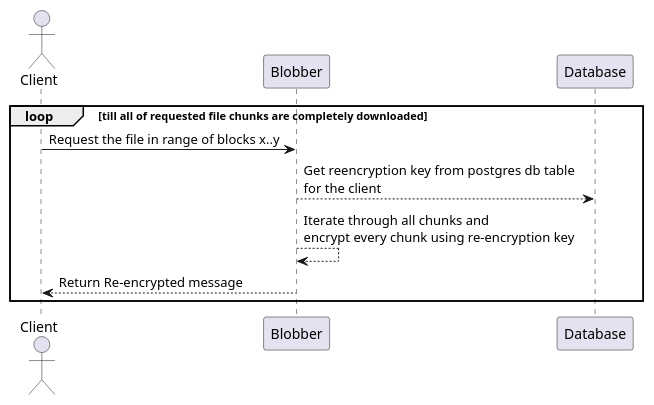
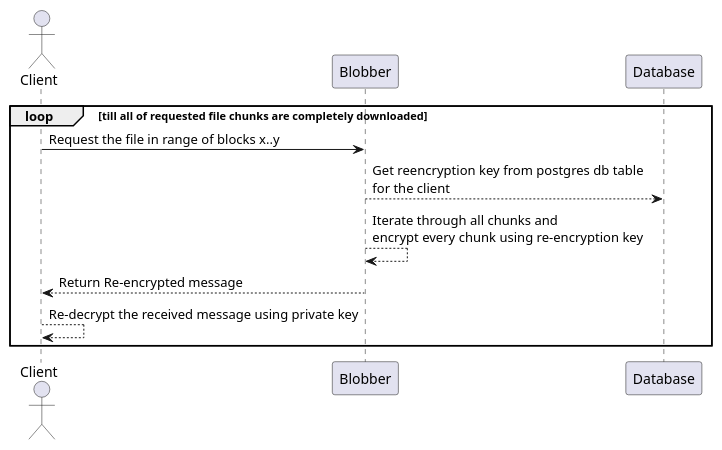
One commit to 0chain/blobber changed the diagram in docs/src/proxy_encryption_download_flow.plantuml. Above: the diagram before and after it, drawn with PlantUML.

Commit message:
Update uml

```diff
--- a/docs/src/proxy_encryption_download_flow.plantuml
+++ b/docs/src/proxy_encryption_download_flow.plantuml
@@ -1,15 +1,16 @@
 @startuml
 
 actor Client
 
 
 loop till all of requested file chunks are completely downloaded
 Client -> Blobber : Request the file in range of blocks x..y
 Blobber --> Database : Get reencryption key from postgres db table \n\
 for the client
 Blobber --> Blobber : Iterate through all chunks and \n\
 encrypt every chunk using re-encryption key
 Blobber --> Client : Return Re-encrypted message
+Client --> Client :  Re-decrypt the received message using private key
 end
 
 @enduml
```
